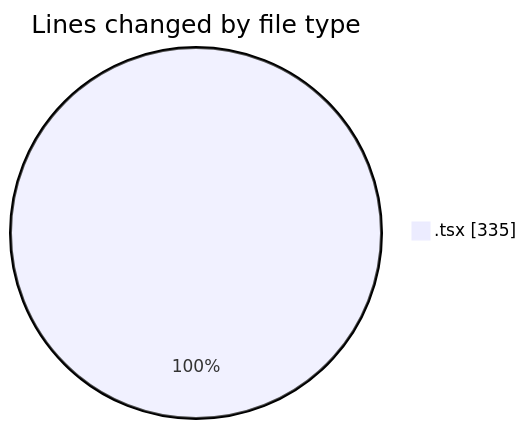
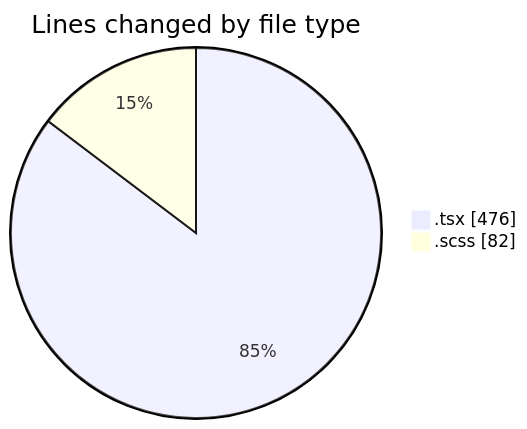
The first of 2 diagrams in 2025-04-01/cda/README.md (momahboobian/code-tracking), drawn with Mermaid before and after one commit. The commit also changed other lines of this file and 1 other file, not shown here.

````diff
--- a/2025-04-01/cda/README.md
+++ b/2025-04-01/cda/README.md
@@ -21,5 +24,6 @@
 ```mermaid
 pie showData
 title Lines changed by file type
-".tsx" : 335
+".tsx" : 476
+".scss" : 82
 ```
````
